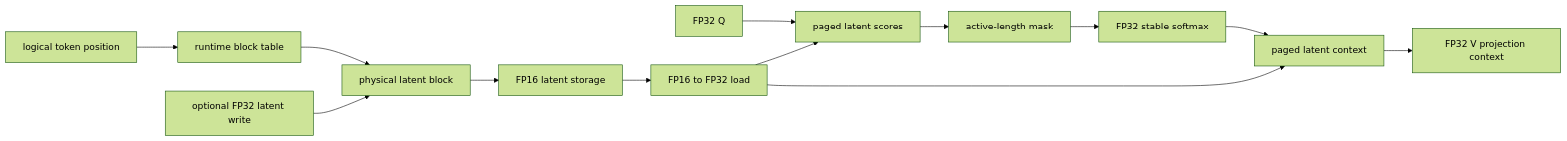
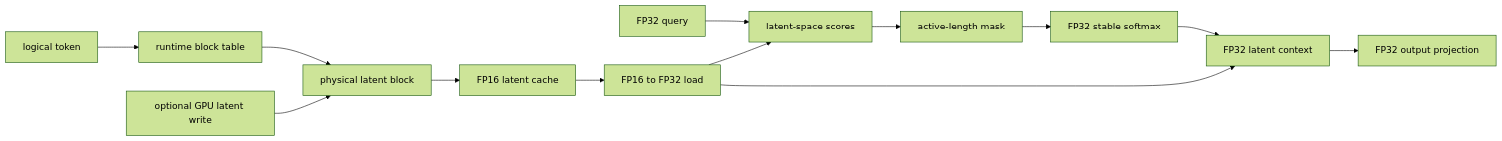
Before and after one commit to tatavishnurao/LatentPagedAttention-rs: the diagram in README.md, drawn with Mermaid (forest theme). The commit also changed other lines of this file and 2 other files, not shown here.

````diff
--- a/README.md
+++ b/README.md
@@ -17,15 +25,15 @@
 ```mermaid
 flowchart LR
-    token[logical token position] --> table[runtime block table]
+    token[logical token] --> table[runtime block table]
     table --> phys[physical latent block]
-    write[optional FP32 latent write] --> phys
-    phys --> f16[FP16 latent storage]
-    f16 --> f32[FP16 to FP32 load]
-    q[FP32 Q] --> scores[paged latent scores]
-    f32 --> scores
+    write[optional GPU latent write] --> phys
+    phys --> storage[FP16 latent cache]
+    storage --> cast[FP16 to FP32 load]
+    q[FP32 query] --> scores[latent-space scores]
+    cast --> scores
     scores --> mask[active-length mask]
     mask --> softmax[FP32 stable softmax]
-    softmax --> ctx[paged latent context]
-    f32 --> ctx
-    ctx --> out[FP32 V projection context]
+    softmax --> context[FP32 latent context]
+    cast --> context
+    context --> output[FP32 output projection]
 ```
````
